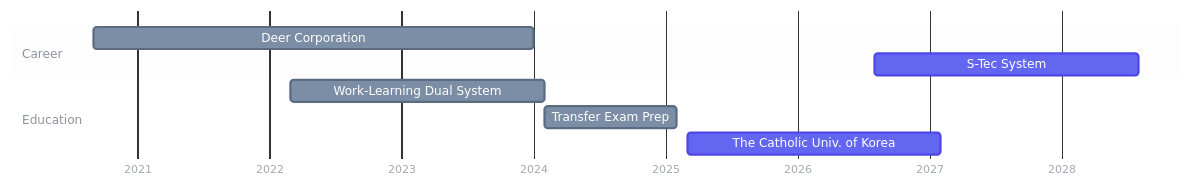
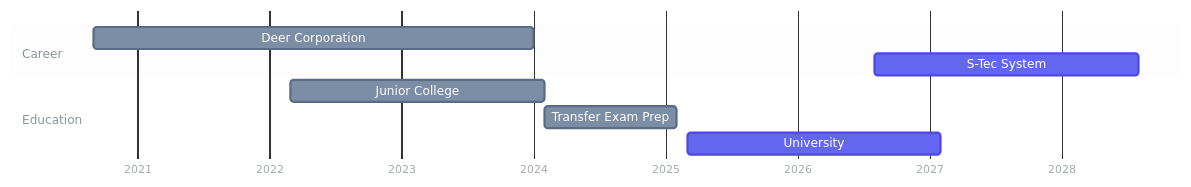
The diagram in README.md (Hwasowl/Hwasowl), drawn with Mermaid before and after one commit. The commit also changed other lines of this file, not shown here.

````diff
--- a/README.md
+++ b/README.md
@@ -3,31 +3,31 @@
 ```mermaid
 %%{init: {'theme':'base', 'themeVariables': {
   'fontFamily': '-apple-system, Segoe UI, sans-serif',
   'sectionBkgColor': 'rgba(139,148,158,0.08)',
   'altSectionBkgColor': 'rgba(139,148,158,0.02)',
   'gridColor': 'rgba(139,148,158,0.35)',
   'doneTaskBkgColor': '#7C8DA6',
   'doneTaskBorderColor': '#5B6B82',
   'activeTaskBkgColor': '#6366F1',
   'activeTaskBorderColor': '#4F46E5',
   'taskTextColor': '#FFFFFF',
   'taskTextDarkColor': '#FFFFFF',
   'taskTextLightColor': '#FFFFFF',
   'taskTextOutsideColor': '#8B949E',
   'sectionTitleColor': '#8B949E',
   'titleColor': '#8B949E',
   'textColor': '#8B949E',
   'todayLineColor': '#F43F5E'
 }}}%%
 gantt
     dateFormat YYYY-MM
     axisFormat %Y
     tickInterval 1year
     section Career
     Deer Corporation  :done,   2020-09, 2024-01
     S-Tec System             :active, 2026-08, 2028-08
     section Education
-    Work-Learning Dual System :done,   2022-03, 2024-02
+    Junior College :done,   2022-03, 2024-02
     Transfer Exam Prep                   :done,   2024-02, 2025-02
-    The Catholic Univ. of Korea    :active, 2025-03, 2027-02
+    University    :active, 2025-03, 2027-02
 ```
````
